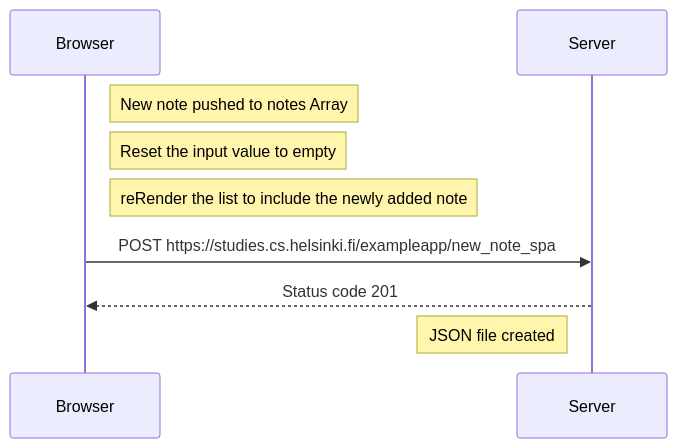
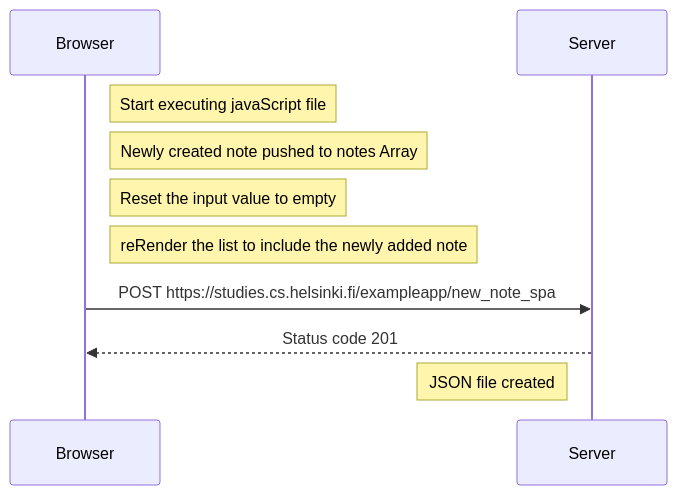
One commit to Elijah-05/full-stack-open-2023 changed the diagram in part0/0.6 New note in Single page app diagram.md. Above: the diagram before and after it, drawn with Mermaid.

Commit message:
part0 latest update

````diff
--- a/part0/0.6 New note in Single page app diagram.md
+++ b/part0/0.6 New note in Single page app diagram.md
@@ -3,15 +3,16 @@
 ```mermaid
 sequenceDiagram
-participant Browser
-participant Server
+    participant Browser
+    participant Server
 
-    note right of Browser: New note pushed to notes Array
+    note right of Browser: Start executing javaScript file
+    note right of Browser: Newly created note pushed to notes Array
     note right of Browser: Reset the input value to empty
     note right of Browser: reRender the list to include the newly added note
 
     Browser->>Server: POST https://studies.cs.helsinki.fi/exampleapp/new_note_spa
     Server-->>Browser: Status code 201
 
     note left of Server: JSON file created
 
 ```
````
